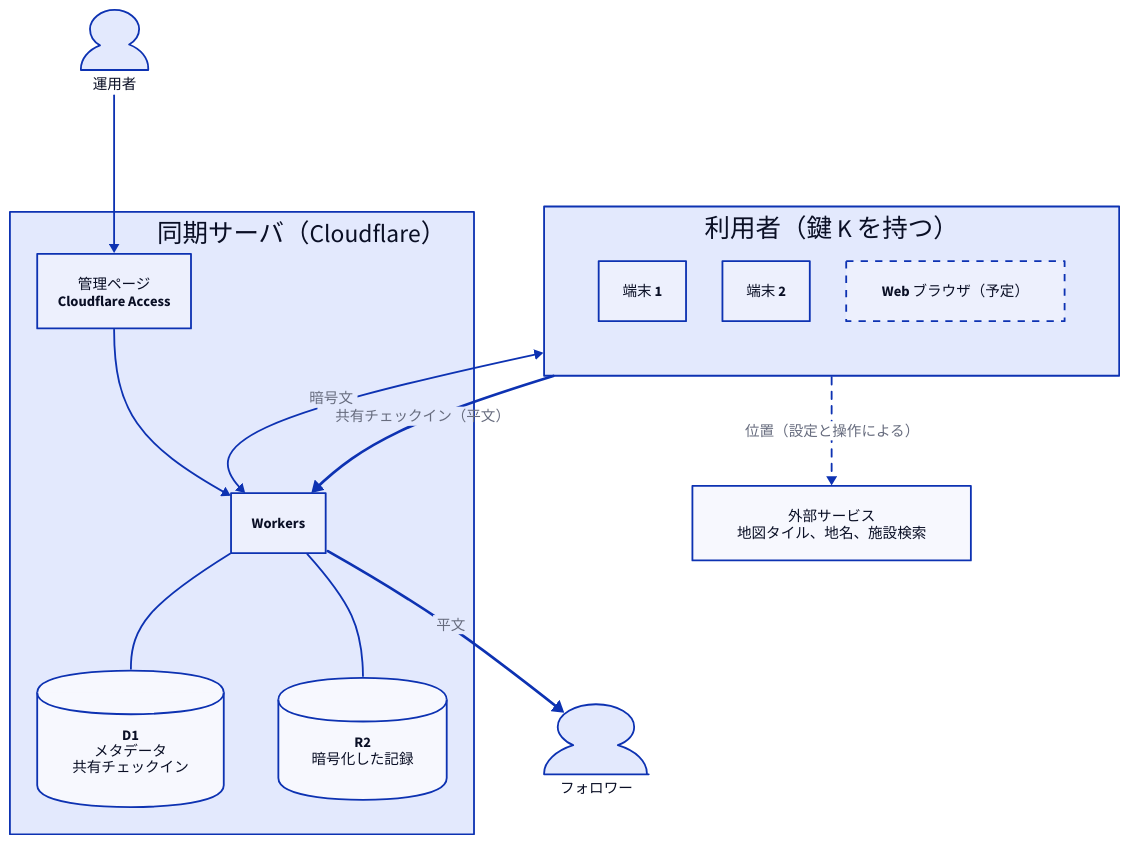
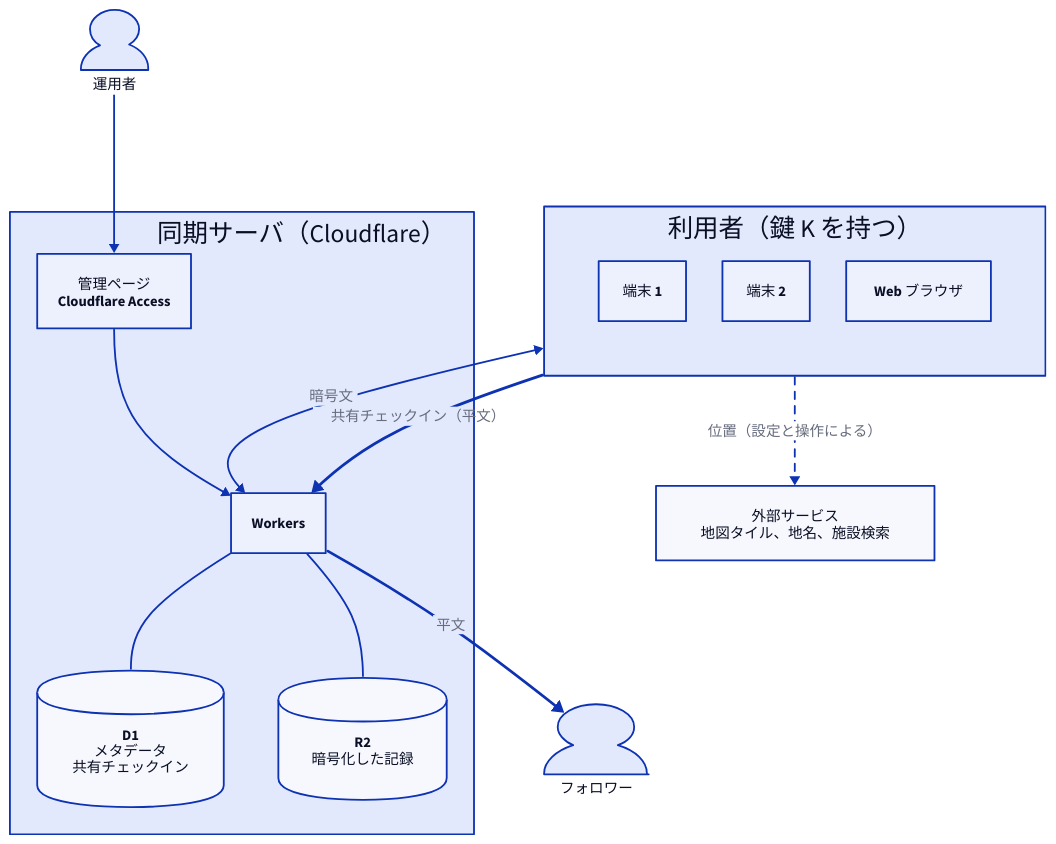
One commit to sksat/ashidori changed the diagram in docs/diagrams/overview-architecture.d2. Above: the diagram before and after it, drawn with D2. The commit also changed 8 other files, not shown here.

First line of the commit message:
README: badges, the data flow as diagrams, no library license table

```diff
--- a/docs/diagrams/overview-architecture.d2
+++ b/docs/diagrams/overview-architecture.d2
@@ -1,36 +1,36 @@
 # 全体像（docs/overview.md）
 # 破線は予定または条件付きの経路、太線は平文が出る経路を表す。
 direction: down
 
 classes: {
   plain: {style.stroke-width: 3}
   maybe: {style.stroke-dash: 4}
 }
 
 user: 利用者（鍵 K を持つ） {
   grid-rows: 1
   p1: 端末 1
   p2: 端末 2
-  web: Web ブラウザ（予定） {class: maybe}
+  web: Web ブラウザ
 }
 
 server: 同期サーバ（Cloudflare） {
   label.near: top-right
   workers: Workers
   d1: "D1\nメタデータ\n共有チェックイン" {shape: cylinder}
   r2: "R2\n暗号化した記録" {shape: cylinder}
   admin: "管理ページ\nCloudflare Access"
   workers -- d1
   workers -- r2
   workers <- admin
 }
 
 ext: "外部サービス\n地図タイル、地名、施設検索"
 operator: 運用者 {shape: person}
 follower: フォロワー {shape: person}
 
 user <-> server.workers: 暗号文
 user -> server.workers: 共有チェックイン（平文） {class: plain}
 server.workers -> follower: 平文 {class: plain}
 server.admin <- operator
 user -> ext: 位置（設定と操作による） {class: maybe}
```
